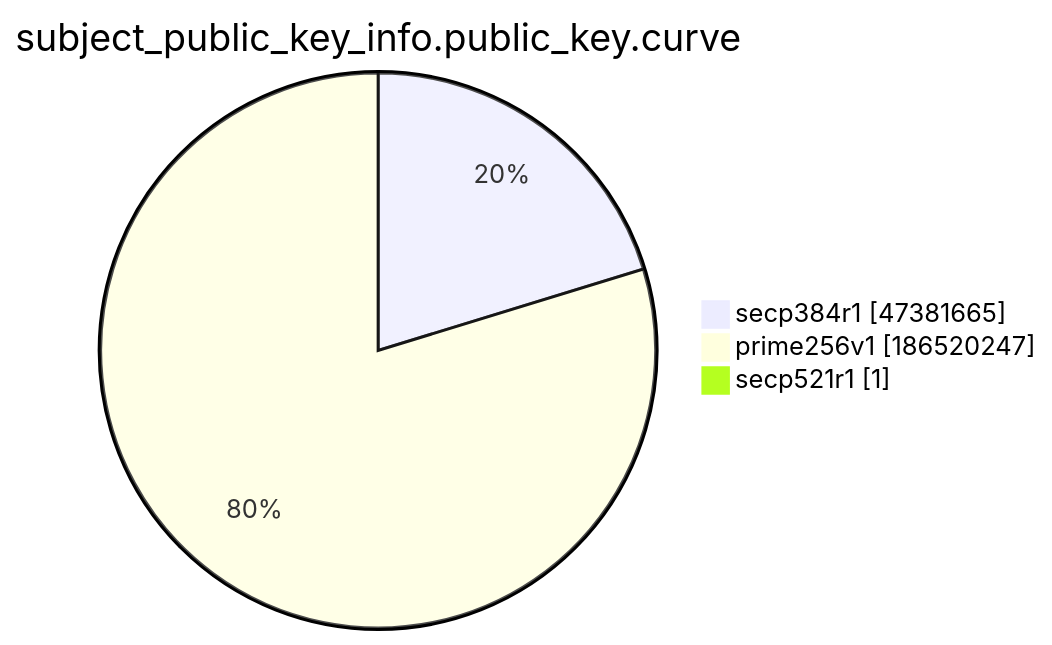
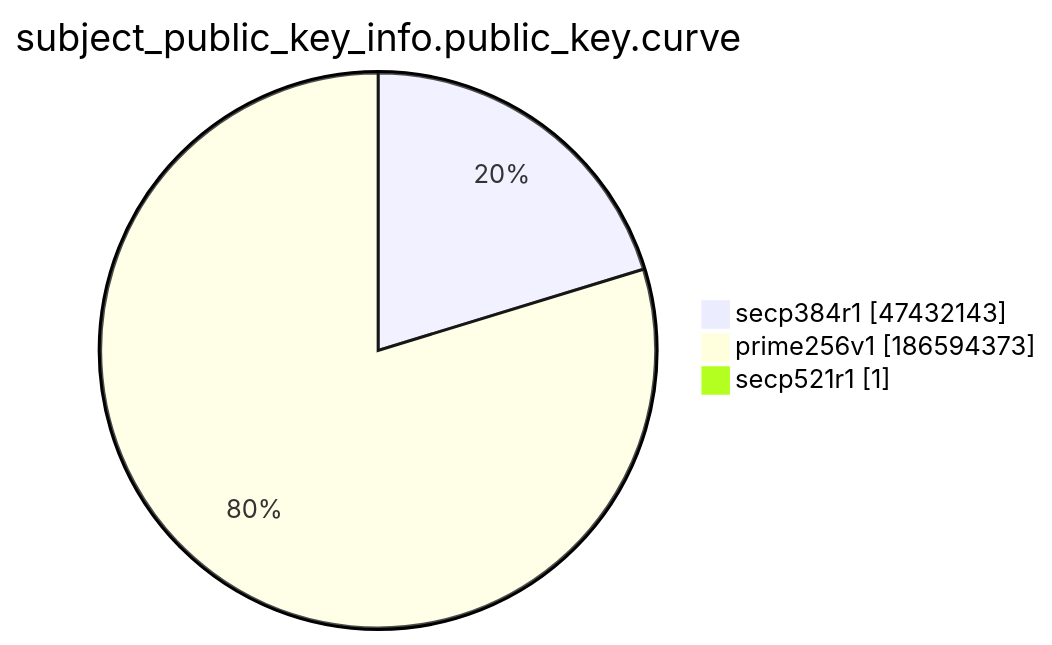
Before and after one commit to christiankrug/ctmonitor_visualization: the ninth of 15 diagrams in xenon2022/README.md, drawn with Mermaid. The commit also changed other lines of this file, not shown here.

````diff
--- a/xenon2022/README.md
+++ b/xenon2022/README.md
@@ -2874,7 +2874,7 @@
 ```mermaid
 pie showData
 title subject_public_key_info.public_key.curve
-"secp384r1" :47381665
-"prime256v1" :186520247
+"secp384r1" :47432143
+"prime256v1" :186594373
 "secp521r1" :1
 ```
````
